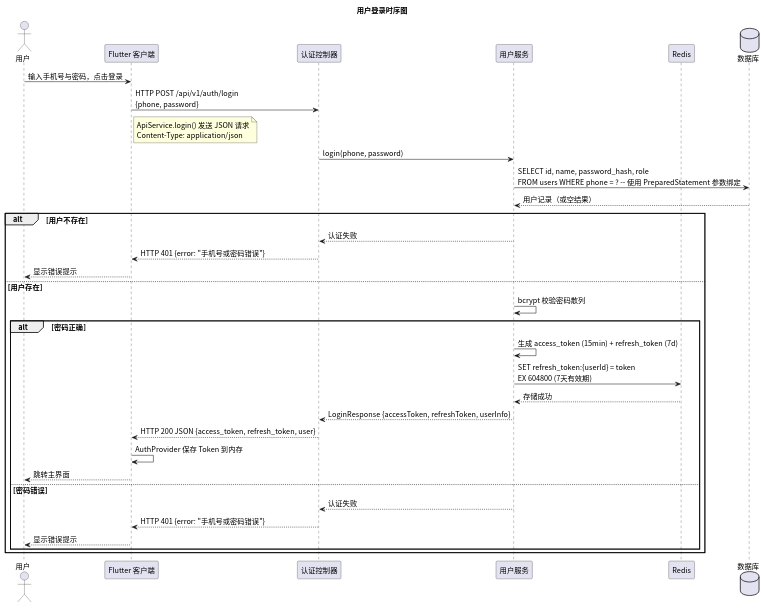
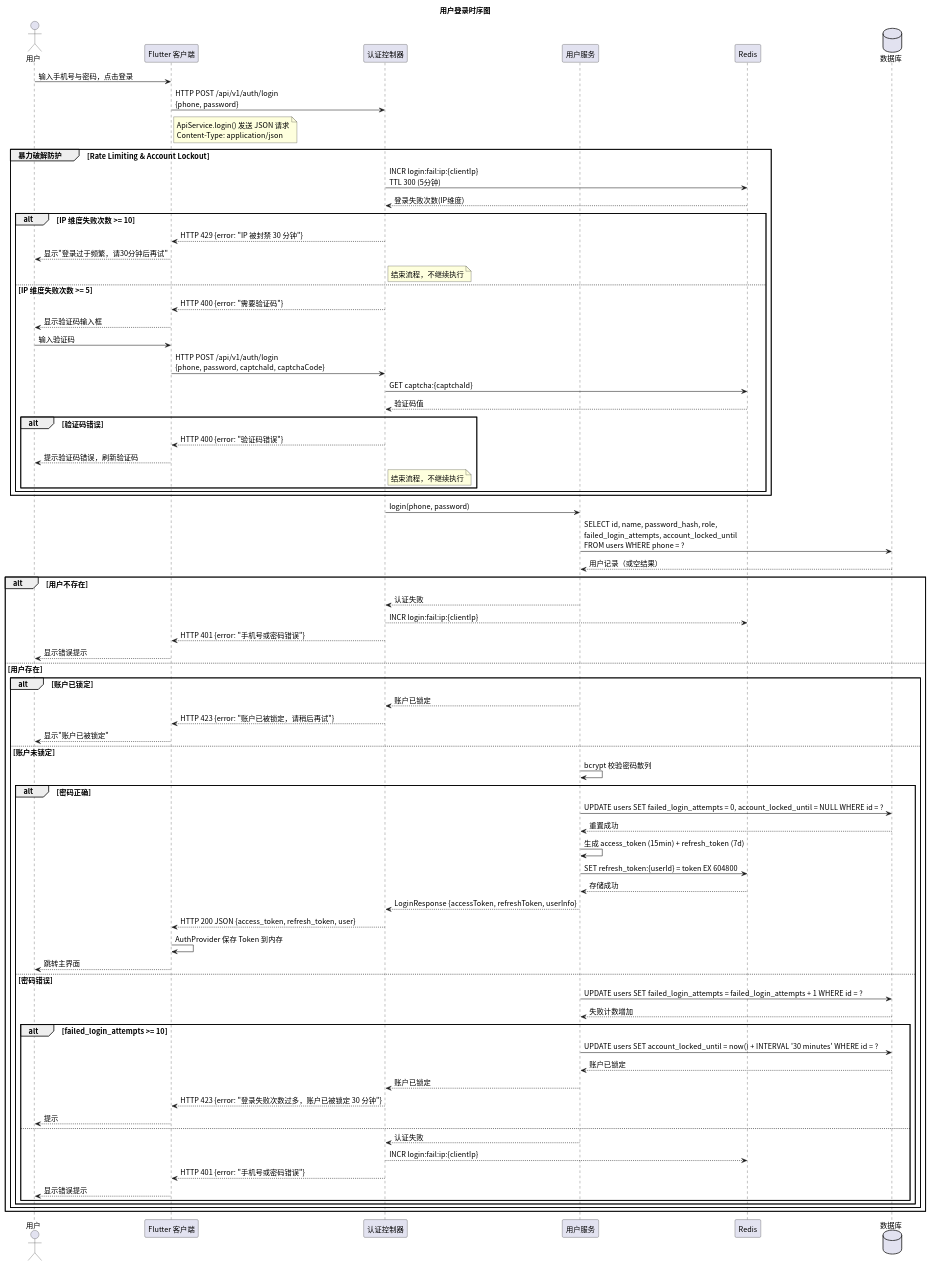
Before and after one commit to greenhandzdl/charging-station-doc: the diagram in time/src/sequence_login.puml, drawn with PlantUML. The commit also changed 12 other files, not shown here.

```diff
--- a/time/src/sequence_login.puml
+++ b/time/src/sequence_login.puml
@@ -1,43 +1,86 @@
 @startuml
 skinparam defaultFontName "Noto Sans CJK SC"
 skinparam defaultFontSize 14
 title 用户登录时序图
 
 ' 所有 SQL 操作使用 PreparedStatement 参数绑定，禁止字符串拼接
 actor 用户 as U
 participant "Flutter 客户端" as FE
 participant "认证控制器" as Ctrl
 participant "用户服务" as US
 participant "Redis" as Cache
 database 数据库 as DB
 
 U -> FE: 输入手机号与密码，点击登录
 FE -> Ctrl: HTTP POST /api/v1/auth/login\n{phone, password}
 note right FE : ApiService.login() 发送 JSON 请求\nContent-Type: application/json
 
+group 暴力破解防护 [Rate Limiting & Account Lockout]
+  Ctrl -> Cache: INCR login:fail:ip:{clientIp}\nTTL 300 (5分钟)
+  Cache --> Ctrl: 登录失败次数(IP维度)
+
+  alt IP 维度失败次数 >= 10
+    Ctrl --> FE: HTTP 429 {error: "IP 被封禁 30 分钟"}
+    FE --> U: 显示"登录过于频繁，请30分钟后再试"
+    note right Ctrl : 结束流程，不继续执行
+  else IP 维度失败次数 >= 5
+    Ctrl --> FE: HTTP 400 {error: "需要验证码"}
+    FE --> U: 显示验证码输入框
+    U -> FE: 输入验证码
+    FE -> Ctrl: HTTP POST /api/v1/auth/login\n{phone, password, captchaId, captchaCode}
+    Ctrl -> Cache: GET captcha:{captchaId}
+    Cache --> Ctrl: 验证码值
+    alt 验证码错误
+      Ctrl --> FE: HTTP 400 {error: "验证码错误"}
+      FE --> U: 提示验证码错误，刷新验证码
+      note right Ctrl : 结束流程，不继续执行
+    end
+  end
+end
+
 Ctrl -> US: login(phone, password)
-US -> DB: SELECT id, name, password_hash, role\nFROM users WHERE phone = ? -- 使用 PreparedStatement 参数绑定
+US -> DB: SELECT id, name, password_hash, role,\nfailed_login_attempts, account_locked_until\nFROM users WHERE phone = ?
 DB --> US: 用户记录（或空结果）
 
 alt 用户不存在
   US --> Ctrl: 认证失败
+  Ctrl --> Cache: INCR login:fail:ip:{clientIp}
   Ctrl --> FE: HTTP 401 {error: "手机号或密码错误"}
   FE --> U: 显示错误提示
 else 用户存在
-  US -> US: bcrypt 校验密码散列
+  alt 账户已锁定
+    US --> Ctrl: 账户已锁定
+    Ctrl --> FE: HTTP 423 {error: "账户已被锁定，请稍后再试"}
+    FE --> U: 显示"账户已被锁定"
+  else 账户未锁定
+    US -> US: bcrypt 校验密码散列
 
-  alt 密码正确
-    US -> US: 生成 access_token (15min) + refresh_token (7d)
-    US -> Cache: SET refresh_token:{userId} = token\nEX 604800 (7天有效期)
-    Cache --> US: 存储成功
-    US --> Ctrl: LoginResponse {accessToken, refreshToken, userInfo}
-    Ctrl --> FE: HTTP 200 JSON {access_token, refresh_token, user}
-    FE -> FE: AuthProvider 保存 Token 到内存
-    FE --> U: 跳转主界面
-  else 密码错误
-    US --> Ctrl: 认证失败
-    Ctrl --> FE: HTTP 401 {error: "手机号或密码错误"}
-    FE --> U: 显示错误提示
+    alt 密码正确
+      US -> DB: UPDATE users SET failed_login_attempts = 0, account_locked_until = NULL WHERE id = ?
+      DB --> US: 重置成功
+      US -> US: 生成 access_token (15min) + refresh_token (7d)
+      US -> Cache: SET refresh_token:{userId} = token EX 604800
+      Cache --> US: 存储成功
+      US --> Ctrl: LoginResponse {accessToken, refreshToken, userInfo}
+      Ctrl --> FE: HTTP 200 JSON {access_token, refresh_token, user}
+      FE -> FE: AuthProvider 保存 Token 到内存
+      FE --> U: 跳转主界面
+    else 密码错误
+      US -> DB: UPDATE users SET failed_login_attempts = failed_login_attempts + 1 WHERE id = ?
+      DB --> US: 失败计数增加
+      alt failed_login_attempts >= 10
+        US -> DB: UPDATE users SET account_locked_until = now() + INTERVAL '30 minutes' WHERE id = ?
+        DB --> US: 账户已锁定
+        US --> Ctrl: 账户已锁定
+        Ctrl --> FE: HTTP 423 {error: "登录失败次数过多，账户已被锁定 30 分钟"}
+        FE --> U: 提示
+      else
+        US --> Ctrl: 认证失败
+        Ctrl --> Cache: INCR login:fail:ip:{clientIp}
+        Ctrl --> FE: HTTP 401 {error: "手机号或密码错误"}
+        FE --> U: 显示错误提示
+      end
+    end
   end
 end
 @enduml
```
